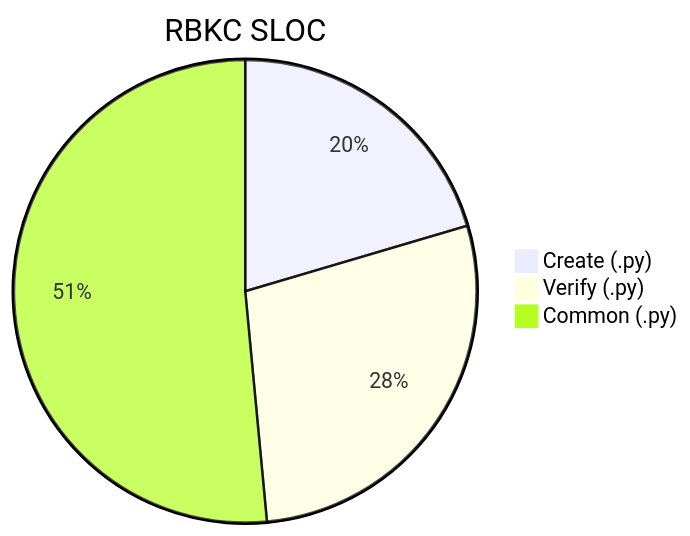
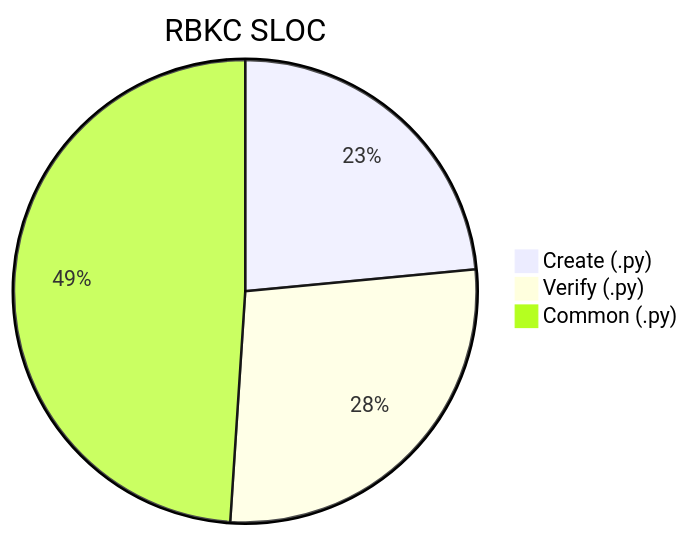
The tenth of 14 diagrams in docs/metrics.md (nablarch/nabledge-dev), drawn with Mermaid before and after one commit. The commit also changed other lines of this file and 2 other files, not shown here.

````diff
--- a/docs/metrics.md
+++ b/docs/metrics.md
@@ -139,6 +139,6 @@
 ```mermaid
 pie title RBKC SLOC
-  "Create (.py)" : 1359
-  "Verify (.py)" : 1867
-  "Common (.py)" : 3425
+  "Create (.py)" : 1690
+  "Verify (.py)" : 1982
+  "Common (.py)" : 3523
 ```
````
